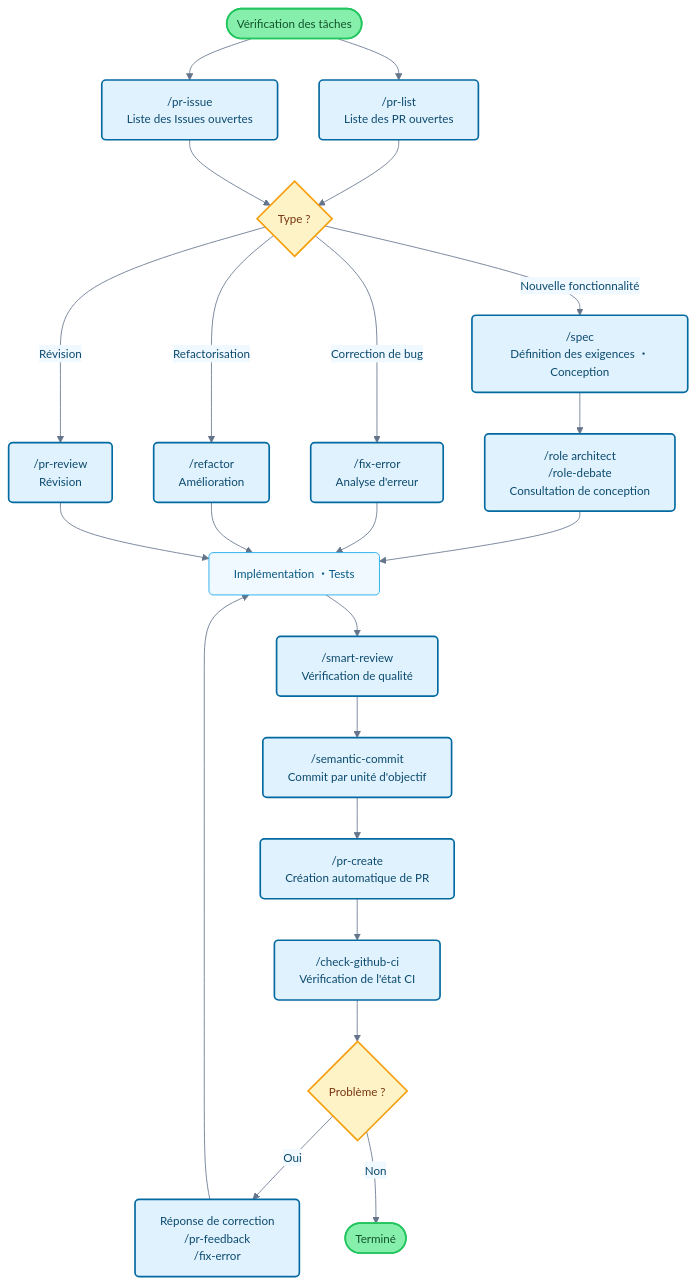
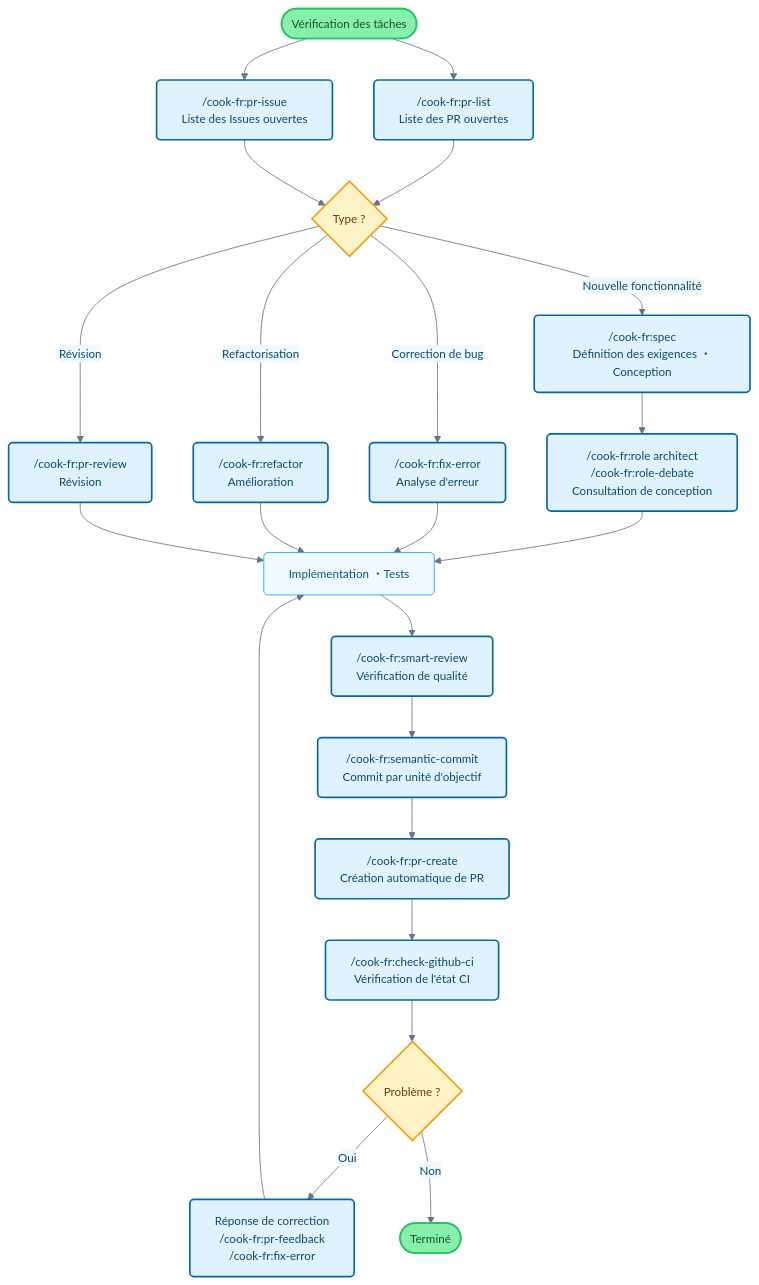
The diagram in plugins/fr/README.md (wasabeef/claude-code-cookbook), drawn with Mermaid before and after one commit. The commit also changed 8 other files, not shown here.

Commit message:
docs: add plugin namespace prefix to Mermaid flowchart commands

````diff
--- a/plugins/fr/README.md
+++ b/plugins/fr/README.md
@@ -114,42 +114,42 @@
 ```mermaid
 flowchart TB
-    Start([Vérification des tâches]) --> PRList["/pr-list<br/>Liste des PR ouvertes"]
-    Start --> PRIssue["/pr-issue<br/>Liste des Issues ouvertes"]
+    Start([Vérification des tâches]) --> PRList["/cook-fr:pr-list<br/>Liste des PR ouvertes"]
+    Start --> PRIssue["/cook-fr:pr-issue<br/>Liste des Issues ouvertes"]
 
     PRList --> TaskType{Type ?}
     PRIssue --> TaskType
 
-    TaskType -->|Nouvelle fonctionnalité| Plan["/spec<br/>Définition des exigences ・Conception"]
-    TaskType -->|Correction de bug| Fix["/fix-error<br/>Analyse d'erreur"]
-    TaskType -->|Refactorisation| Refactor["/refactor<br/>Amélioration"]
-    TaskType -->|Révision| Review["/pr-review<br/>Révision"]
+    TaskType -->|Nouvelle fonctionnalité| Plan["/cook-fr:spec<br/>Définition des exigences ・Conception"]
+    TaskType -->|Correction de bug| Fix["/cook-fr:fix-error<br/>Analyse d'erreur"]
+    TaskType -->|Refactorisation| Refactor["/cook-fr:refactor<br/>Amélioration"]
+    TaskType -->|Révision| Review["/cook-fr:pr-review<br/>Révision"]
 
-    Plan --> Design["/role architect<br/>/role-debate<br/>Consultation de conception"]
+    Plan --> Design["/cook-fr:role architect<br/>/cook-fr:role-debate<br/>Consultation de conception"]
     Design --> Implementation[Implémentation ・Tests]
     Fix --> Implementation
     Refactor --> Implementation
     Review --> Implementation
 
-    Implementation --> Check["/smart-review<br/>Vérification de qualité"]
-    Check --> Commit["/semantic-commit<br/>Commit par unité d'objectif"]
-    Commit --> PR["/pr-create<br/>Création automatique de PR"]
-    PR --> CI["/check-github-ci<br/>Vérification de l'état CI"]
+    Implementation --> Check["/cook-fr:smart-review<br/>Vérification de qualité"]
+    Check --> Commit["/cook-fr:semantic-commit<br/>Commit par unité d'objectif"]
+    Commit --> PR["/cook-fr:pr-create<br/>Création automatique de PR"]
+    PR --> CI["/cook-fr:check-github-ci<br/>Vérification de l'état CI"]
 
     CI --> Status{Problème ?}
-    Status -->|Oui| Feedback["Réponse de correction<br/>/pr-feedback<br/>/fix-error"]
+    Status -->|Oui| Feedback["Réponse de correction<br/>/cook-fr:pr-feedback<br/>/cook-fr:fix-error"]
     Status -->|Non| End([Terminé])
 
     Feedback --> Implementation
 
     classDef commandBox fill:#e0f2fe,stroke:#0369a1,stroke-width:2px,rx:5,ry:5,color:#0c4a6e
     classDef processBox fill:#f0f9ff,stroke:#0ea5e9,stroke-width:1px,rx:5,ry:5,color:#075985
     classDef decisionBox fill:#fef3c7,stroke:#f59e0b,stroke-width:2px,rx:5,ry:5,color:#78350f
     classDef startEnd fill:#86efac,stroke:#22c55e,stroke-width:2px,rx:20,ry:20,color:#14532d
 
     class PRList,PRIssue,Plan,Fix,Refactor,Review,Design,Check,CI,Commit,PR,Feedback commandBox
     class Implementation processBox
     class TaskType,Status decisionBox
     class Start,End startEnd
 
     %%{init: {'theme':'base', 'themeVariables': { 'primaryColor':'#e0f2fe', 'primaryTextColor':'#0c4a6e', 'primaryBorderColor':'#0369a1', 'lineColor':'#64748b', 'secondaryColor':'#f0f9ff', 'background':'#ffffff', 'mainBkg':'#ffffff', 'fontSize': '14px'}}}%%
 ```
````
